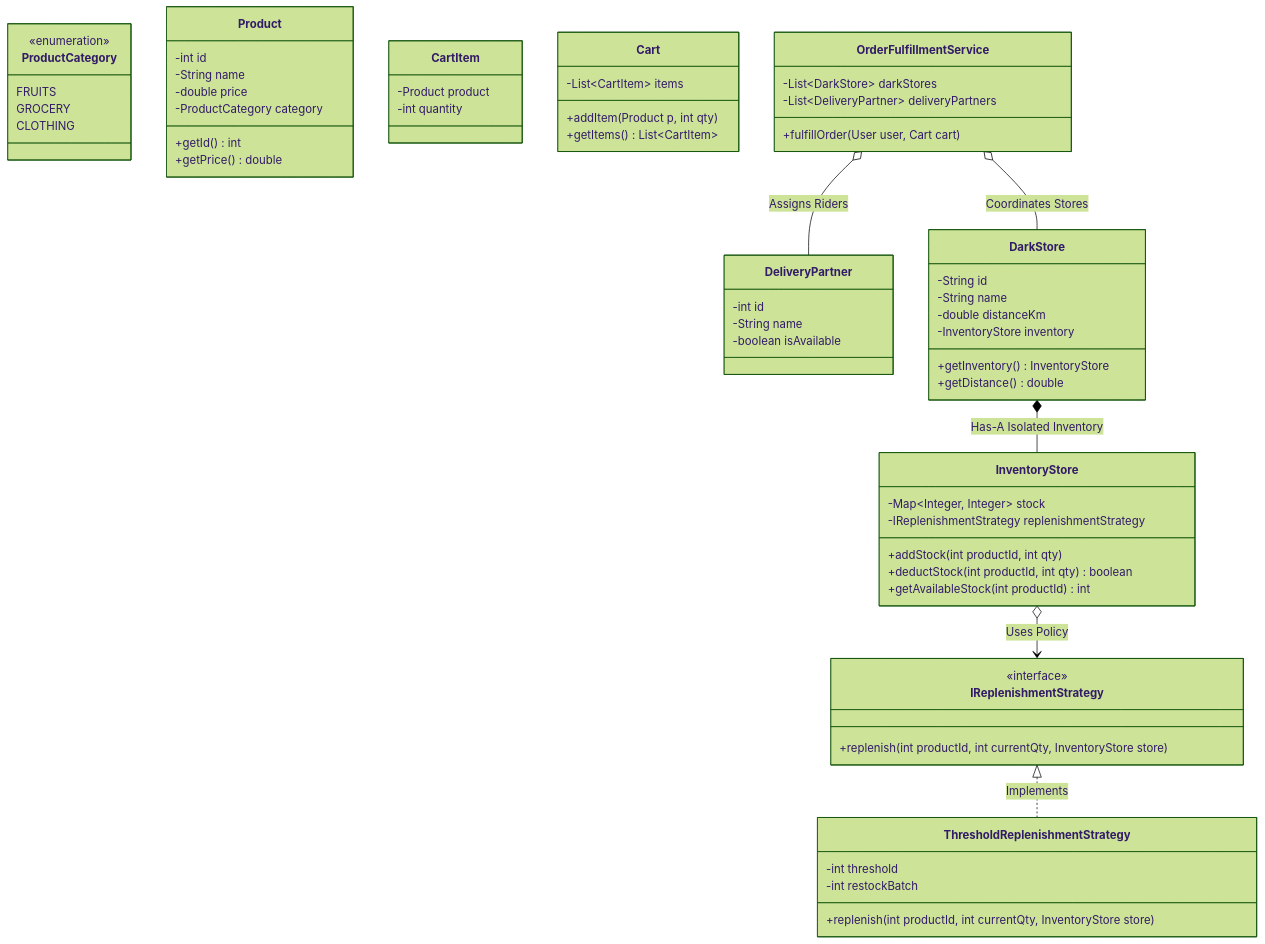
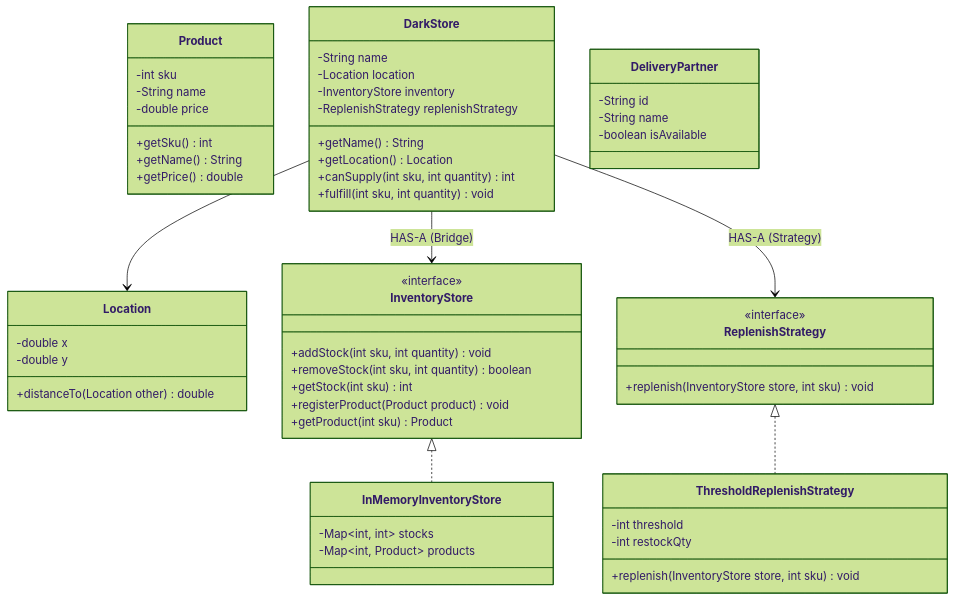
Before and after one commit to rohithgowda18/Notes: the diagram in 04-OOPs-and-Design-Patterns/04-LLD-Case-Studies/26-Build-Zepto-Inventory-Management.md, drawn with Mermaid (forest theme). The commit also changed other lines of this file and 39 other files, not shown here.

````diff
--- a/04-OOPs-and-Design-Patterns/04-LLD-Case-Studies/26-Build-Zepto-Inventory-Management.md
+++ b/04-OOPs-and-Design-Patterns/04-LLD-Case-Studies/26-Build-Zepto-Inventory-Management.md
@@ -74,75 +60,65 @@
 ```mermaid
 classDiagram
-    class ProductCategory {
-        <<enumeration>>
-        FRUITS
-        GROCERY
-        CLOTHING
-    }
-
     class Product {
-        -int id
+        -int sku
         -String name
         -double price
-        -ProductCategory category
-        +getId() int
+        +getSku() int
+        +getName() String
         +getPrice() double
     }
 
-    class CartItem {
-        -Product product
-        -int quantity
-    }
-
-    class Cart {
-        -List~CartItem~ items
-        +addItem(Product p, int qty)
-        +getItems() List~CartItem~
-    }
-
-    class IReplenishmentStrategy {
-        <<interface>>
-        +replenish(int productId, int currentQty, InventoryStore store)
-    }
-
-    class ThresholdReplenishmentStrategy {
-        -int threshold
-        -int restockBatch
-        +replenish(int productId, int currentQty, InventoryStore store)
+    class Location {
+        -double x
+        -double y
+        +distanceTo(Location other) double
     }
 
     class InventoryStore {
-        -Map~Integer, Integer~ stock
-        -IReplenishmentStrategy replenishmentStrategy
-        +addStock(int productId, int qty)
-        +deductStock(int productId, int qty) boolean
-        +getAvailableStock(int productId) int
+        <<interface>>
+        +addStock(int sku, int quantity) void
+        +removeStock(int sku, int quantity) boolean
+        +getStock(int sku) int
+        +registerProduct(Product product) void
+        +getProduct(int sku) Product
+    }
+
+    class InMemoryInventoryStore {
+        -Map~int, int~ stocks
+        -Map~int, Product~ products
+    }
+
+    class ReplenishStrategy {
+        <<interface>>
+        +replenish(InventoryStore store, int sku) void
+    }
+
+    class ThresholdReplenishStrategy {
+        -int threshold
+        -int restockQty
+        +replenish(InventoryStore store, int sku) void
+    }
+
+    class DarkStore {
+        -String name
+        -Location location
+        -InventoryStore inventory
+        -ReplenishStrategy replenishStrategy
+        +getName() String
+        +getLocation() Location
+        +canSupply(int sku, int quantity) int
+        +fulfill(int sku, int quantity) void
     }
 
     class DeliveryPartner {
-        -int id
+        -String id
         -String name
         -boolean isAvailable
     }
 
-    class DarkStore {
-        -String id
-        -String name
-        -double distanceKm
-        -InventoryStore inventory
-        +getInventory() InventoryStore
-        +getDistance() double
-    }
-
-    class OrderFulfillmentService {
-        -List~DarkStore~ darkStores
-        -List~DeliveryPartner~ deliveryPartners
-        +fulfillOrder(User user, Cart cart)
-    }
-
-    IReplenishmentStrategy <|.. ThresholdReplenishmentStrategy : Implements
-    InventoryStore o--> IReplenishmentStrategy : Uses Policy
-    DarkStore *-- InventoryStore : Has-A Isolated Inventory
-    OrderFulfillmentService o-- DarkStore : Coordinates Stores
-    OrderFulfillmentService o-- DeliveryPartner : Assigns Riders
+    InventoryStore <|.. InMemoryInventoryStore
+    ReplenishStrategy <|.. ThresholdReplenishStrategy
+    DarkStore --> InventoryStore : HAS-A (Bridge)
+    DarkStore --> ReplenishStrategy : HAS-A (Strategy)
+    DarkStore --> Location
 ```
````
